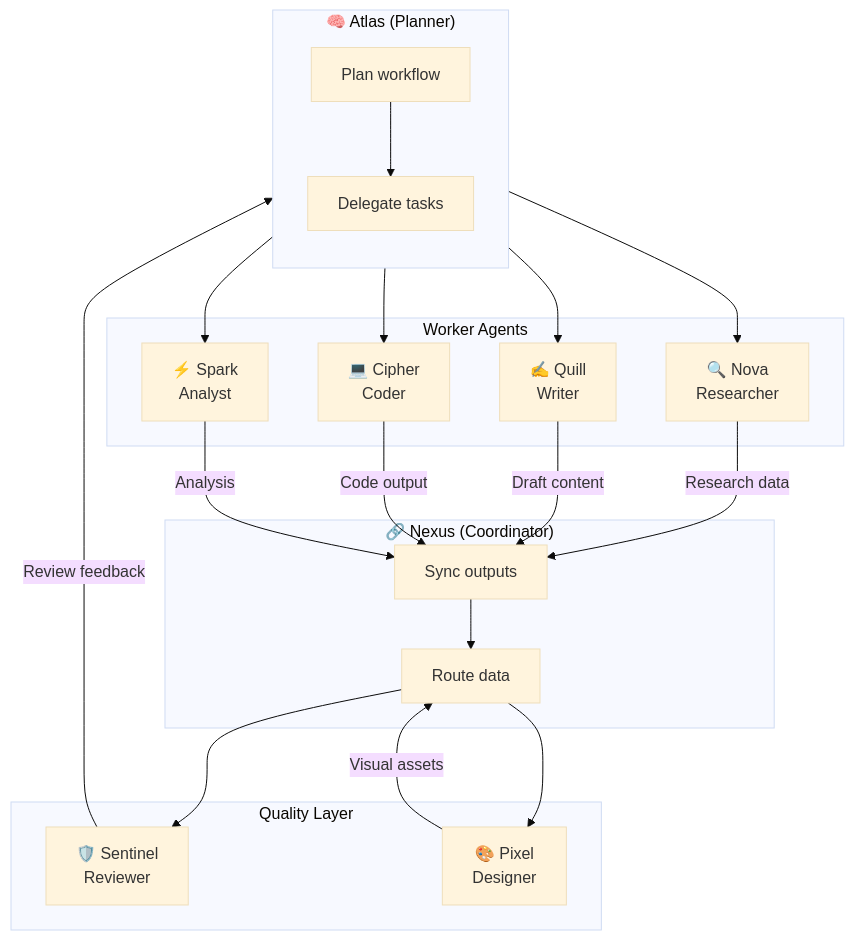
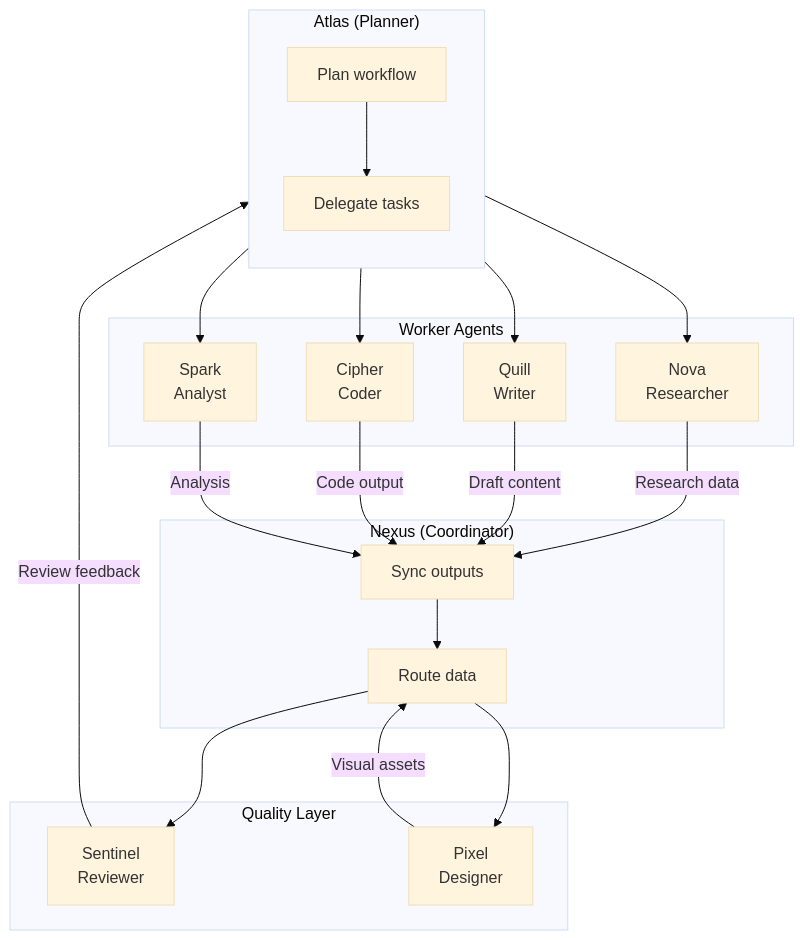
The fifth of 6 diagrams in README.md (CEO-H-S-N/SynapseFlow), drawn with Mermaid (base theme) before and after one commit. The commit also changed other lines of this file, not shown here.

````diff
--- a/README.md
+++ b/README.md
@@ -188,43 +188,43 @@
 ```mermaid
 flowchart TB
-    subgraph Orchestrator["🧠 Atlas (Planner)"]
+    subgraph Orchestrator["Atlas (Planner)"]
         direction TB
         Plan["Plan workflow"]
         Delegate["Delegate tasks"]
     end
 
     subgraph Workers["Worker Agents"]
-        Nova["🔍 Nova<br/>Researcher"]
-        Quill["✍️ Quill<br/>Writer"]
-        Cipher["💻 Cipher<br/>Coder"]
-        Spark["⚡ Spark<br/>Analyst"]
+        Nova["Nova<br/>Researcher"]
+        Quill["Quill<br/>Writer"]
+        Cipher["Cipher<br/>Coder"]
+        Spark["Spark<br/>Analyst"]
     end
 
     subgraph Quality["Quality Layer"]
-        Sentinel["🛡️ Sentinel<br/>Reviewer"]
-        Pixel["🎨 Pixel<br/>Designer"]
+        Sentinel["Sentinel<br/>Reviewer"]
+        Pixel["Pixel<br/>Designer"]
     end
 
-    subgraph Coordination["🔗 Nexus (Coordinator)"]
+    subgraph Coordination["Nexus (Coordinator)"]
         Sync["Sync outputs"]
         Route["Route data"]
     end
 
     Plan --> Delegate
     Delegate --> Nova
     Delegate --> Quill
     Delegate --> Cipher
     Delegate --> Spark
 
     Nova -->|"Research data"| Sync
     Quill -->|"Draft content"| Sync
     Cipher -->|"Code output"| Sync
     Spark -->|"Analysis"| Sync
 
     Sync --> Route
     Route --> Sentinel
     Route --> Pixel
 
     Sentinel -->|"Review feedback"| Delegate
     Pixel -->|"Visual assets"| Route
 ```
````
